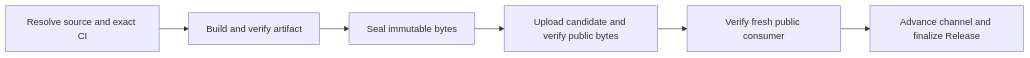
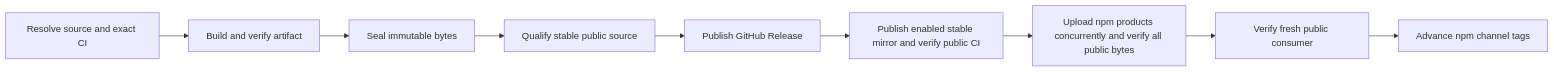
The diagram in packages/engine/RELEASING.md (ForgeAX/forgeax-engine), drawn with Mermaid before and after one commit. The commit also changed other lines of this file and 555 other files, not shown here.

Commit message:
Mirror stable Engine v0.4.12

````diff
--- a/packages/engine/RELEASING.md
+++ b/packages/engine/RELEASING.md
@@ -65,14 +65,20 @@
 ```mermaid
 flowchart LR
   A["Resolve source and exact CI"]
   B["Build and verify artifact"]
   C["Seal immutable bytes"]
-  D["Upload candidate and verify public bytes"]
+  G["Qualify stable public source"]
+  H["Publish GitHub Release"]
+  I["Publish enabled stable mirror and verify public CI"]
+  D["Upload npm products concurrently and verify all public bytes"]
   E["Verify fresh public consumer"]
-  F["Advance channel and finalize Release"]
+  F["Advance npm channel tags"]
   A --> B
   B --> C
-  C --> D
+  C --> G
+  G --> H
+  H --> I
+  I --> D
   D --> E
   E --> F
 ```
````
